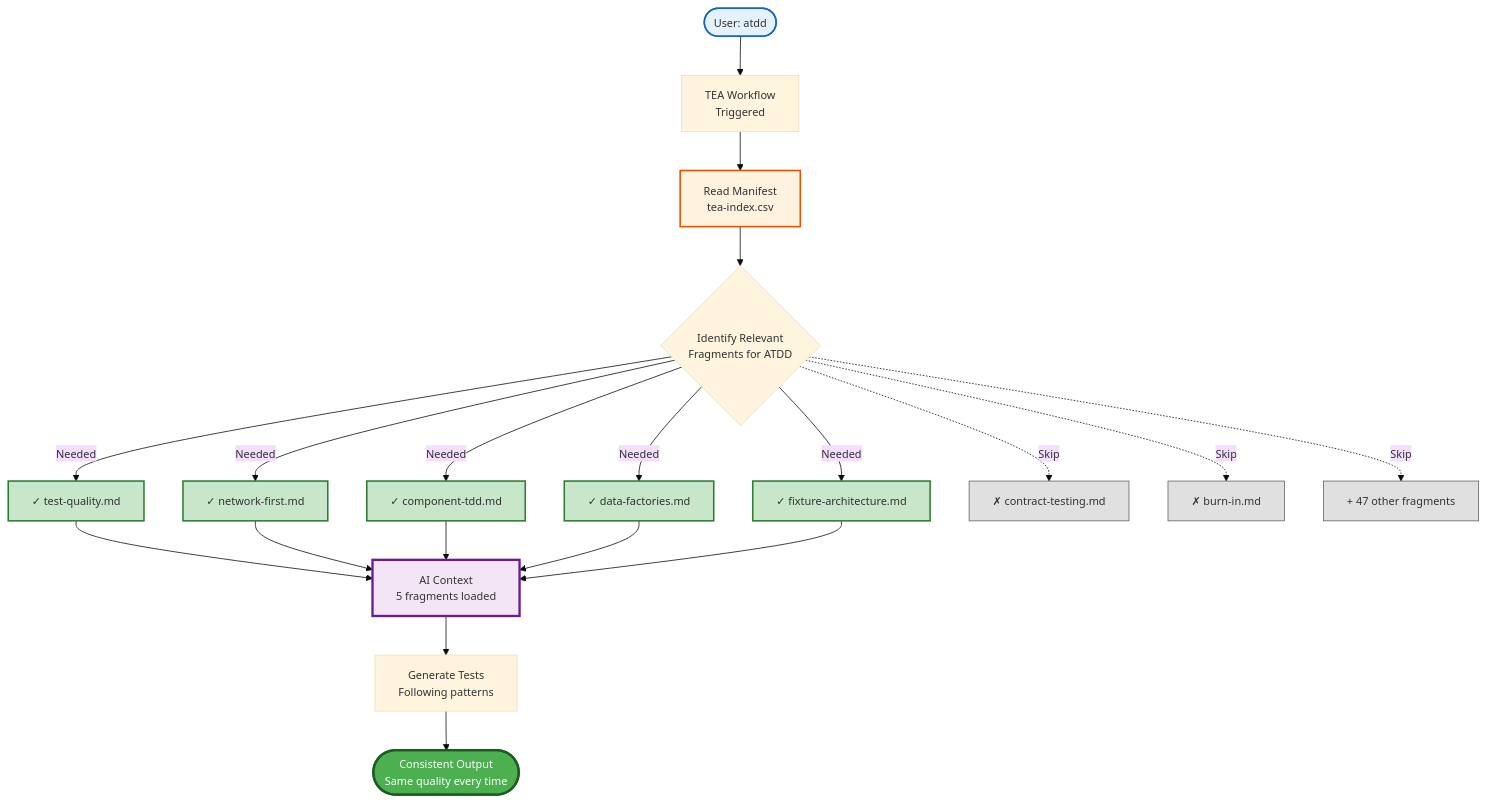
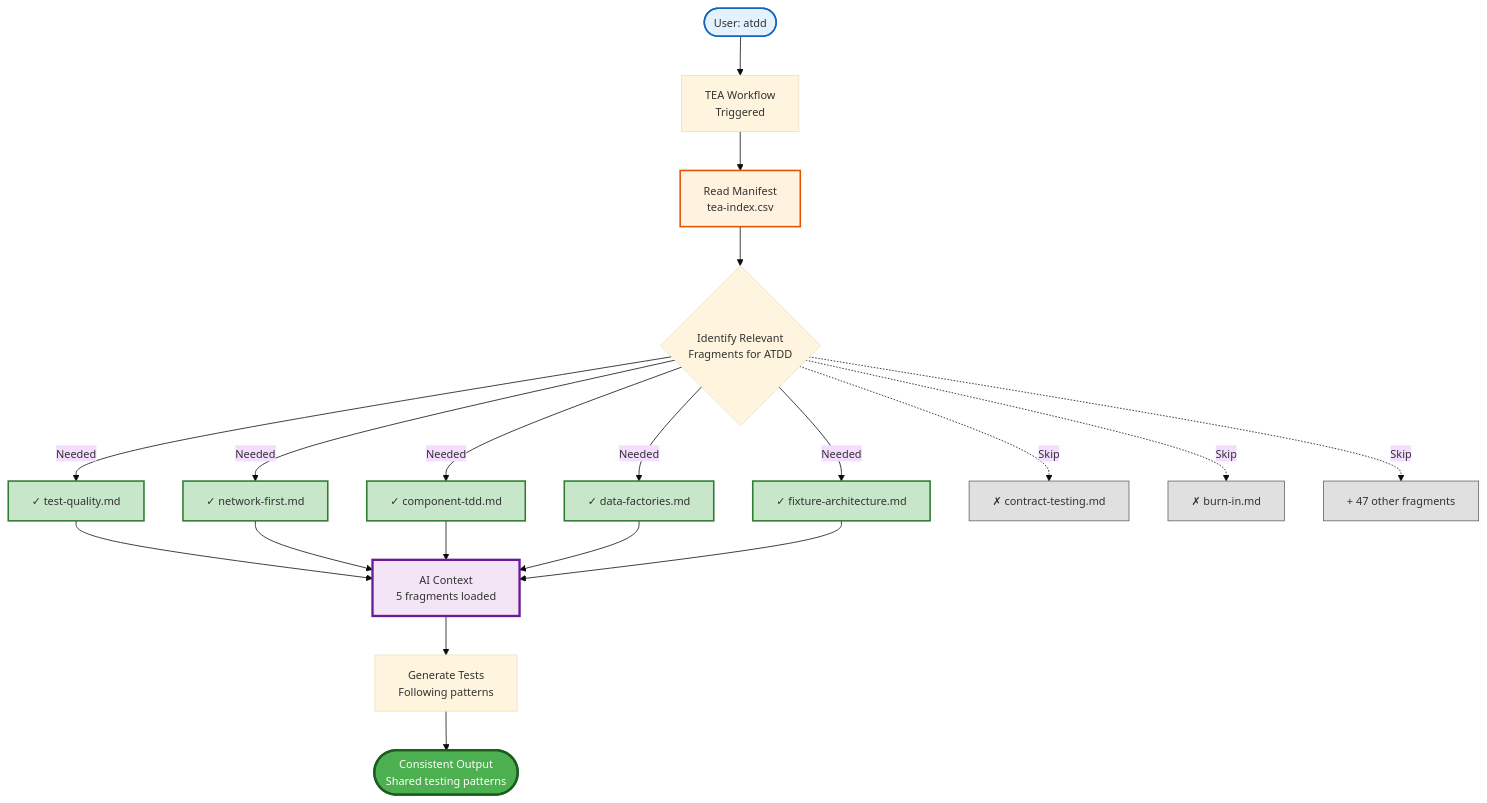
The diagram in docs/explanation/knowledge-base-system.md (bmad-code-org/bmad-method-test-architecture-enterprise), drawn with Mermaid before and after one commit. The commit also changed other lines of this file and 96 other files, not shown here.

````diff
--- a/docs/explanation/knowledge-base-system.md
+++ b/docs/explanation/knowledge-base-system.md
@@ -29,40 +37,40 @@
 ```mermaid
 %%{init: {'theme':'base', 'themeVariables': { 'fontSize':'14px'}}}%%
 flowchart TD
     User([User: atdd]) --> Workflow[TEA Workflow<br/>Triggered]
     Workflow --> Read[Read Manifest<br/>tea-index.csv]
 
     Read --> Identify{Identify Relevant<br/>Fragments for ATDD}
 
     Identify -->|Needed| L1[✓ test-quality.md]
     Identify -->|Needed| L2[✓ network-first.md]
     Identify -->|Needed| L3[✓ component-tdd.md]
     Identify -->|Needed| L4[✓ data-factories.md]
     Identify -->|Needed| L5[✓ fixture-architecture.md]
 
     Identify -.->|Skip| S1[✗ contract-testing.md]
     Identify -.->|Skip| S2[✗ burn-in.md]
     Identify -.->|Skip| S3[+ 47 other fragments]
 
     L1 --> Context[AI Context<br/>5 fragments loaded]
     L2 --> Context
     L3 --> Context
     L4 --> Context
     L5 --> Context
 
     Context --> Gen[Generate Tests<br/>Following patterns]
-    Gen --> Out([Consistent Output<br/>Same quality every time])
+    Gen --> Out([Consistent Output<br/>Shared testing patterns])
 
     style User fill:#e3f2fd,stroke:#1565c0,stroke-width:2px
     style Read fill:#fff3e0,stroke:#e65100,stroke-width:2px
     style L1 fill:#c8e6c9,stroke:#2e7d32,stroke-width:2px
     style L2 fill:#c8e6c9,stroke:#2e7d32,stroke-width:2px
     style L3 fill:#c8e6c9,stroke:#2e7d32,stroke-width:2px
     style L4 fill:#c8e6c9,stroke:#2e7d32,stroke-width:2px
     style L5 fill:#c8e6c9,stroke:#2e7d32,stroke-width:2px
     style S1 fill:#e0e0e0,stroke:#616161,stroke-width:1px
     style S2 fill:#e0e0e0,stroke:#616161,stroke-width:1px
     style S3 fill:#e0e0e0,stroke:#616161,stroke-width:1px
     style Context fill:#f3e5f5,stroke:#6a1b9a,stroke-width:3px
     style Out fill:#4caf50,stroke:#1b5e20,stroke-width:3px,color:#fff
 ```
````
